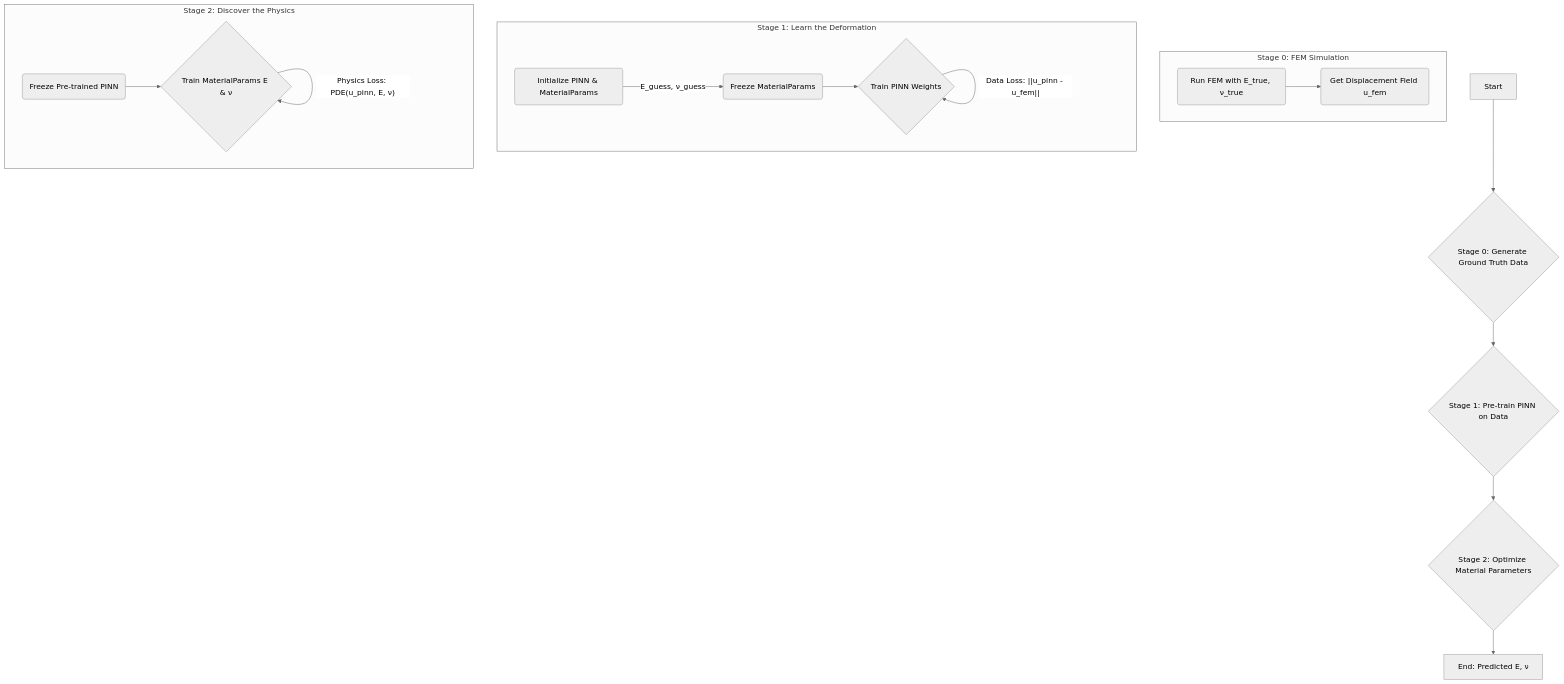
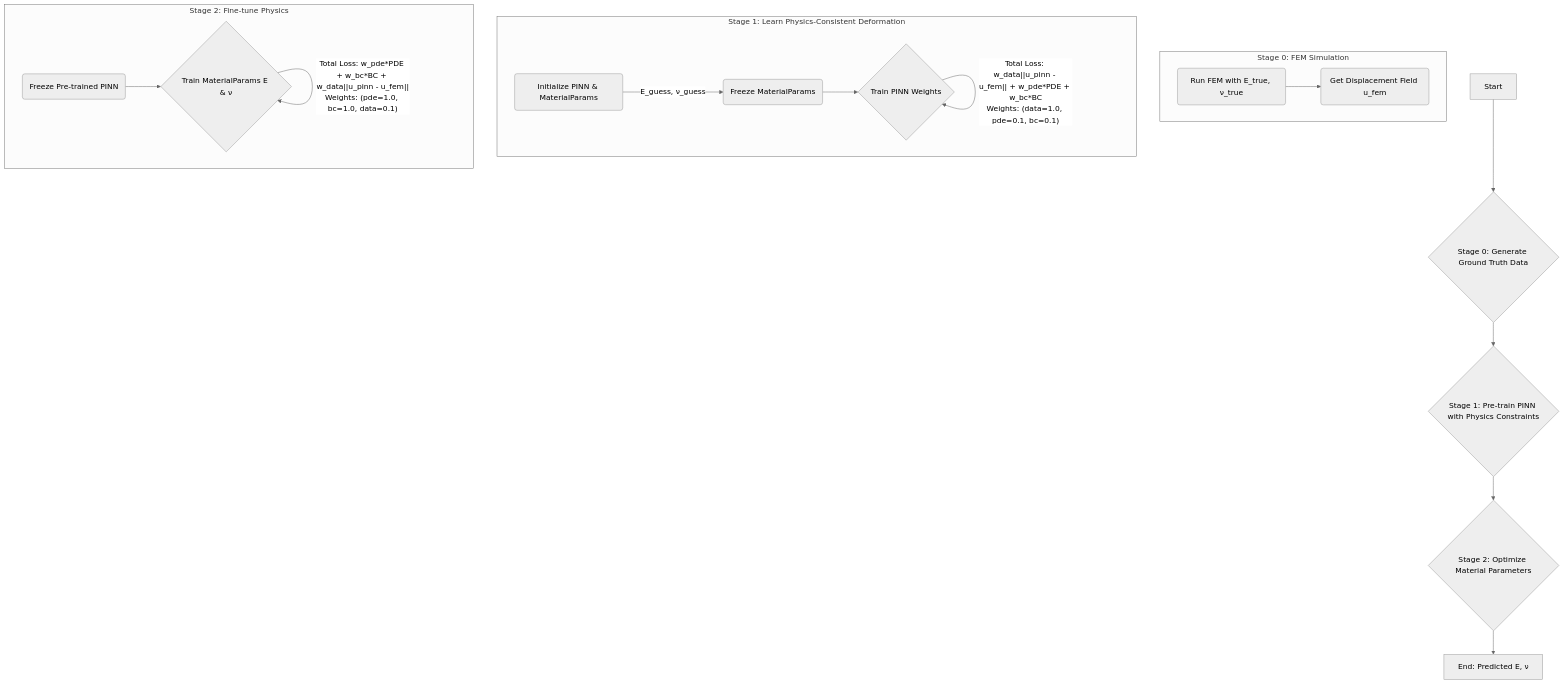
One commit to MaxiG-ai/ISAS-FAST-Parameter-Estimation changed the diagram in pinn/README.md. Above: the diagram before and after it, drawn with Mermaid (neutral theme). The commit also changed other lines of this file and 1 other file, not shown here.

Commit message:
edit to how loss functions are used in stages

````diff
--- a/pinn/README.md
+++ b/pinn/README.md
@@ -36,22 +36,22 @@
 ```mermaid
 graph TD
     A[Start] --> B{Stage 0: Generate Ground Truth Data};
-    B --> C{Stage 1: Pre-train PINN on Data};
+    B --> C{Stage 1: Pre-train PINN with Physics Constraints};
     C --> D{Stage 2: Optimize Material Parameters};
     D --> E[End: Predicted E, ν];
 
     subgraph "Stage 0: FEM Simulation"
         B1(Run FEM with E_true, ν_true) --> B2(Get Displacement Field u_fem);
     end
 
-    subgraph "Stage 1: Learn the Deformation"
+    subgraph "Stage 1: Learn Physics-Consistent Deformation"
         C1(Initialize PINN & MaterialParams) -- E_guess, ν_guess --> C2(Freeze MaterialParams);
         C2 --> C3{Train PINN Weights};
-        C3 -- Data Loss: ||u_pinn - u_fem|| --> C3;
+        C3 -- "Total Loss: w_data||u_pinn - u_fem|| + w_pde*PDE + w_bc*BC<br/>Weights: (data=1.0, pde=0.1, bc=0.1)" --> C3;
     end
 
-    subgraph "Stage 2: Discover the Physics"
+    subgraph "Stage 2: Fine-tune Physics"
         D1(Freeze Pre-trained PINN) --> D2{Train MaterialParams E & ν};
-        D2 -- Physics Loss: PDE(u_pinn, E, ν) --> D2;
+        D2 -- "Total Loss: w_pde*PDE + w_bc*BC + w_data||u_pinn - u_fem||<br/>Weights: (pde=1.0, bc=1.0, data=0.1)" --> D2;
     end
 ```
````
